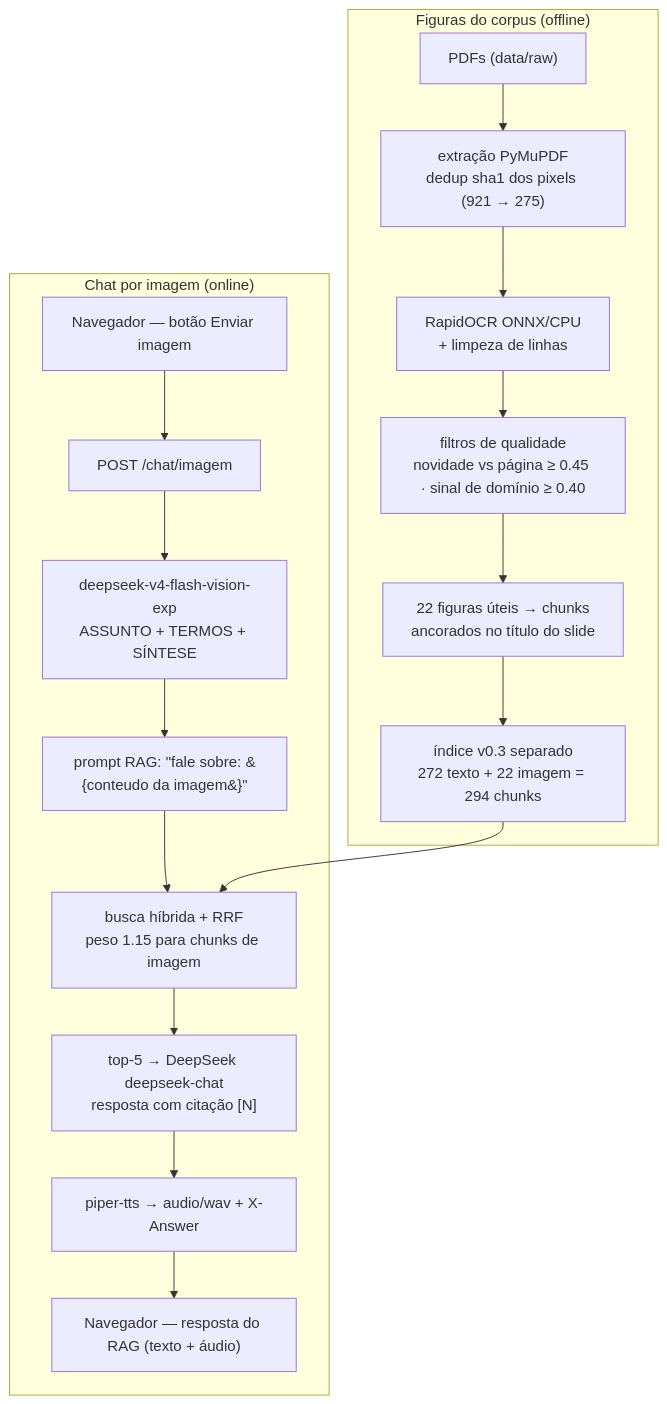
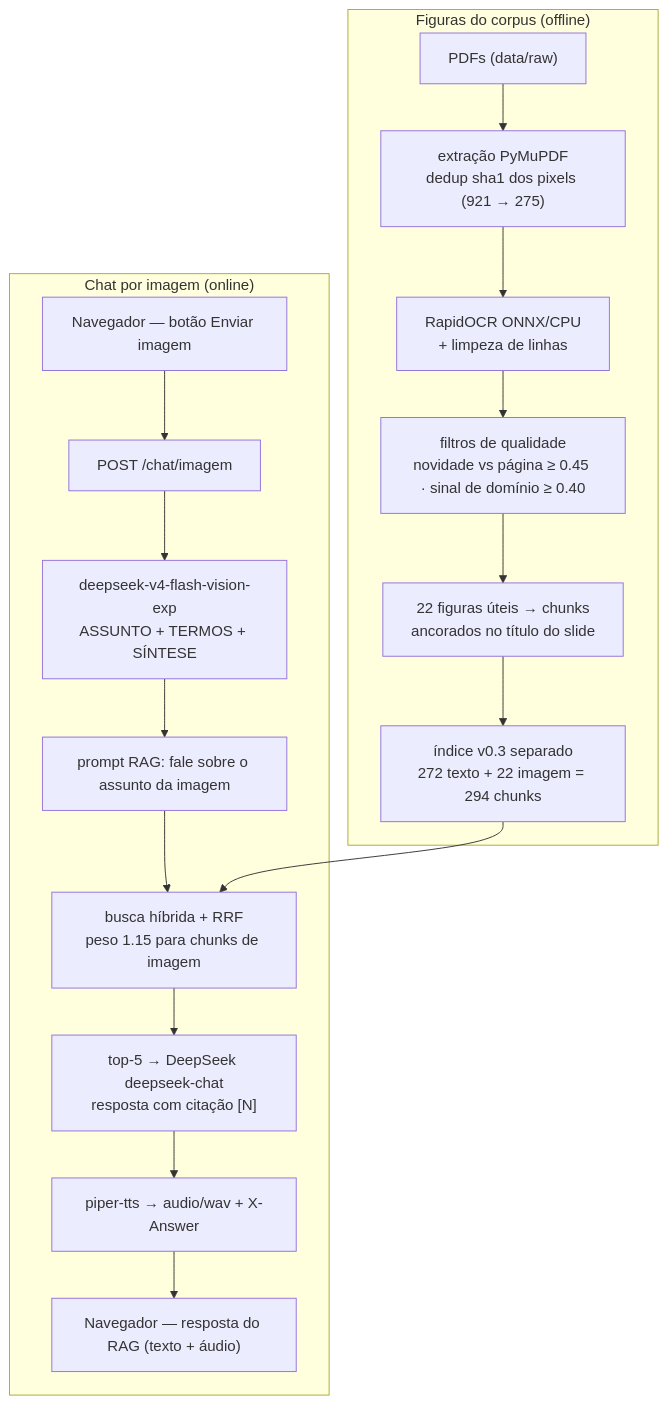
One commit to rafaelang/proj-master--iag-llm-2025-2-puc-rio-final changed the third of 3 diagrams in README.md. Above: the diagram before and after it, drawn with Mermaid.

Commit message:
v0.3 - README: mermaid da v0.3 - remove chaves/aspas do rotulo (parse do GitHub)

````diff
--- a/README.md
+++ b/README.md
@@ -242,20 +242,20 @@
 ```mermaid
 flowchart TB
     subgraph OFFLINE["Figuras do corpus (offline)"]
         A["PDFs (data/raw)"] --> B["extração PyMuPDF<br/>dedup sha1 dos pixels (921 → 275)"]
         B --> C["RapidOCR ONNX/CPU<br/>+ limpeza de linhas"]
         C --> D["filtros de qualidade<br/>novidade vs página ≥ 0.45 · sinal de domínio ≥ 0.40"]
         D --> E["22 figuras úteis → chunks<br/>ancorados no título do slide"]
         E --> F["índice v0.3 separado<br/>272 texto + 22 imagem = 294 chunks"]
     end
     subgraph ONLINE["Chat por imagem (online)"]
         P["Navegador — botão Enviar imagem"] --> Q["POST /chat/imagem"]
         Q --> R["deepseek-v4-flash-vision-exp<br/>ASSUNTO + TERMOS + SÍNTESE"]
-        R --> S["prompt RAG: &quot;fale sobre: &#123;conteudo da imagem&#125;&quot;"]
+        R --> S["prompt RAG: fale sobre o assunto da imagem"]
         S --> T["busca híbrida + RRF<br/>peso 1.15 para chunks de imagem"]
         T --> U["top-5 → DeepSeek deepseek-chat<br/>resposta com citação [N]"]
         U --> V["piper-tts → audio/wav + X-Answer"]
         V --> W["Navegador — resposta do RAG (texto + áudio)"]
     end
     F --> T
 ```
````
